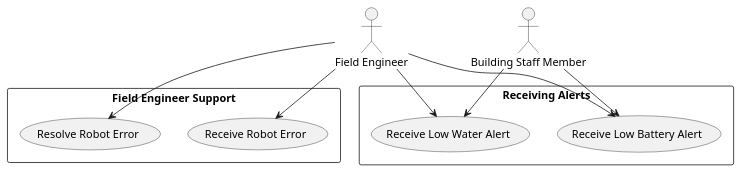
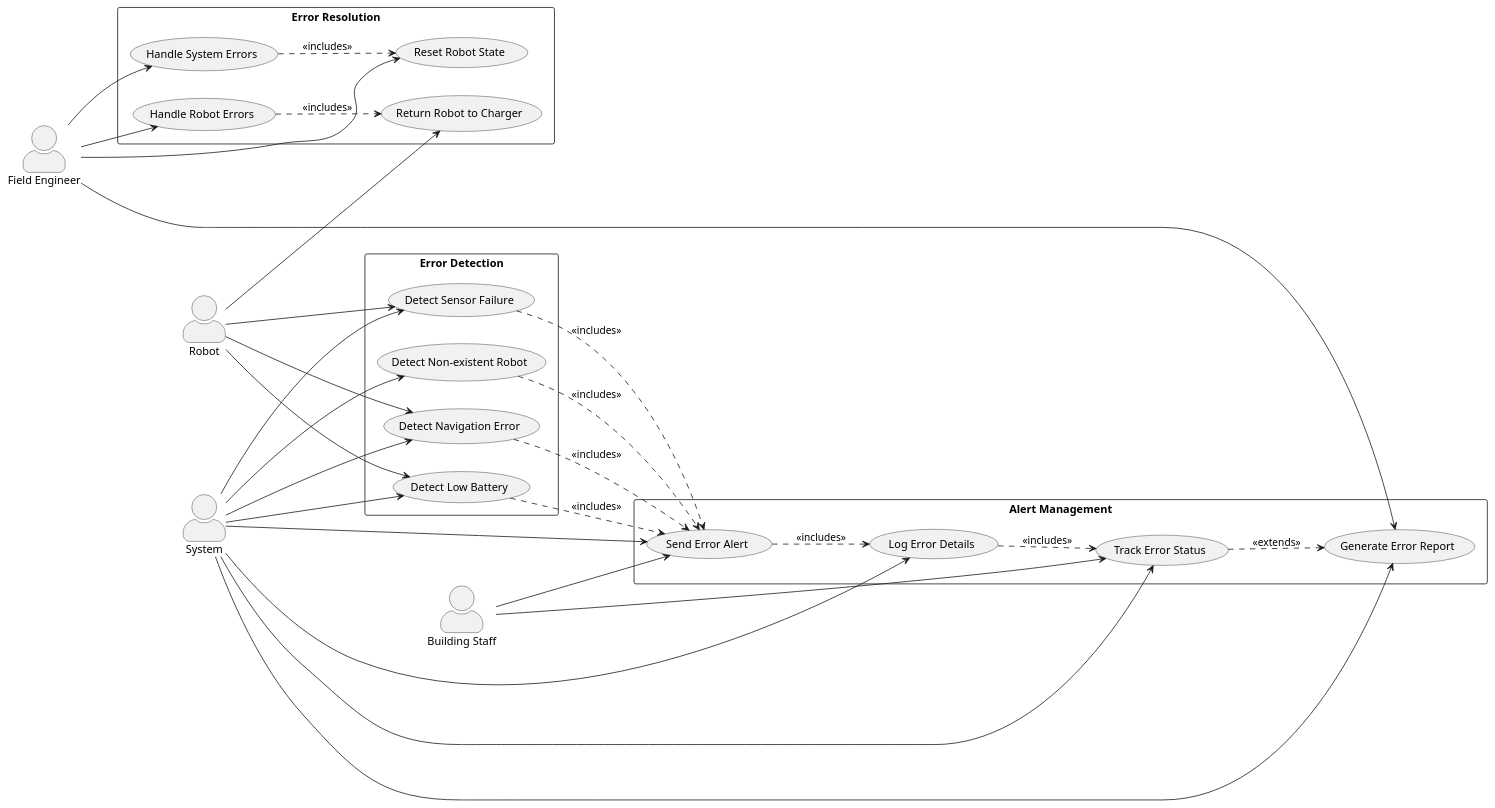
One commit to ur-swe-fa24/main-project-winners-inc changed the diagram in docs/design/UseCases/UseCase_AlertsAndErrors.puml. Above: the diagram before and after it, drawn with PlantUML. The commit also changed 19 other files, not shown here.

First line of the commit message:
docs: Update UML diagrams

```diff
--- a/docs/design/UseCases/UseCase_AlertsAndErrors.puml
+++ b/docs/design/UseCases/UseCase_AlertsAndErrors.puml
@@ -1,18 +1,72 @@
 @startuml AlertsAndErrors
+left to right direction
+skinparam actorStyle awesome
+
 actor "Field Engineer" as FE
-actor "Building Staff Member" as BSM
-rectangle "Field Engineer Support" {
-  usecase "Receive Robot Error" as UC3
-  usecase "Resolve Robot Error" as UC4
+actor "Building Staff" as BS
+actor "System" as SYS
+actor "Robot" as R
+
+rectangle "Error Detection" {
+    usecase "Detect Non-existent Robot" as ED1
+    usecase "Detect Navigation Error" as ED2
+    usecase "Detect Low Battery" as ED3
+    usecase "Detect Sensor Failure" as ED4
 }
-rectangle "Receiving Alerts" {
-  usecase "Receive Low Battery Alert" as UC1
-  usecase "Receive Low Water Alert" as UC2
+
+rectangle "Alert Management" {
+    usecase "Send Error Alert" as AM1
+    usecase "Log Error Details" as AM2
+    usecase "Track Error Status" as AM3
+    usecase "Generate Error Report" as AM4
 }
-BSM --> UC1
-BSM --> UC2
-FE --> UC1
-FE --> UC2
-FE --> UC3
-FE --> UC4
+
+rectangle "Error Resolution" {
+    usecase "Handle Robot Errors" as ER1
+    usecase "Handle System Errors" as ER2
+    usecase "Return Robot to Charger" as ER3
+    usecase "Reset Robot State" as ER4
+}
+
+' System error detection
+SYS --> ED1
+SYS --> ED2
+SYS --> ED3
+SYS --> ED4
+
+' Robot interactions
+R --> ED2
+R --> ED3
+R --> ED4
+R --> ER3
+
+' Alert handling
+SYS --> AM1
+SYS --> AM2
+SYS --> AM3
+SYS --> AM4
+
+' Staff notifications
+BS --> AM1
+BS --> AM3
+
+' Engineer responsibilities
+FE --> ER1
+FE --> ER2
+FE --> ER4
+FE --> AM4
+
+' Relationships
+ED1 ..> AM1 : <<includes>>
+ED2 ..> AM1 : <<includes>>
+ED3 ..> AM1 : <<includes>>
+ED4 ..> AM1 : <<includes>>
+
+AM1 ..> AM2 : <<includes>>
+AM2 ..> AM3 : <<includes>>
+AM3 ..> AM4 : <<extends>>
+
+ER1 ..> ER3 : <<includes>>
+ER2 ..> ER4 : <<includes>>
+
 @enduml
```
